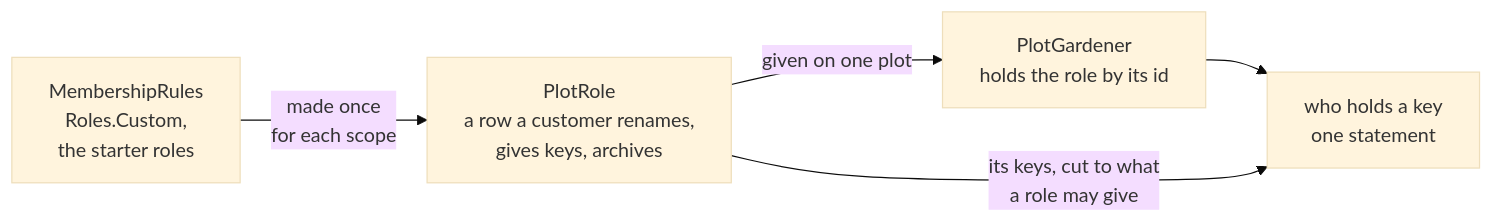
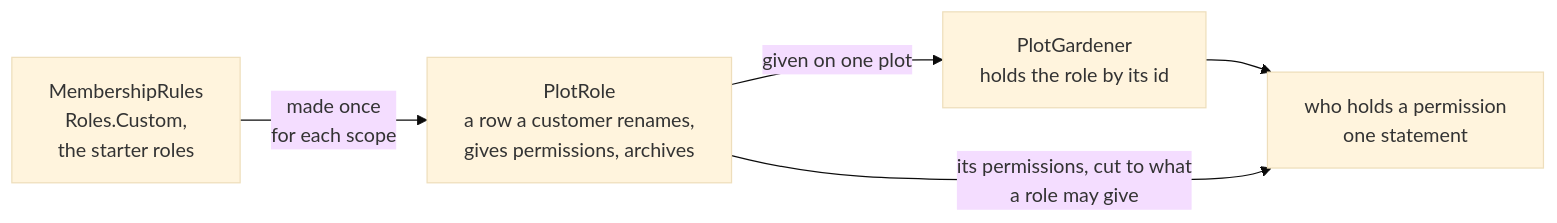
Before and after one commit to DylanSnel/DDDToolkit: the fourth of 6 diagrams in docs/membership.md, drawn with Mermaid (base theme). The commit also changed other lines of this file and 752 other files, not shown here.

````diff
--- a/docs/membership.md
+++ b/docs/membership.md
@@ -1231,7 +1231,7 @@
 ```mermaid
 flowchart LR
-    Rules["MembershipRules<br/>Roles.Custom,<br/>the starter roles"] -- "made once<br/>for each scope" --> Role["PlotRole<br/>a row a customer renames,<br/>gives keys, archives"]
+    Rules["MembershipRules<br/>Roles.Custom,<br/>the starter roles"] -- "made once<br/>for each scope" --> Role["PlotRole<br/>a row a customer renames,<br/>gives permissions, archives"]
     Role -- "given on one plot" --> Member["PlotGardener<br/>holds the role by its id"]
-    Member --> Question["who holds a key<br/>one statement"]
-    Role -- "its keys, cut to what<br/>a role may give" --> Question
+    Member --> Question["who holds a permission<br/>one statement"]
+    Role -- "its permissions, cut to what<br/>a role may give" --> Question
 ```
````
